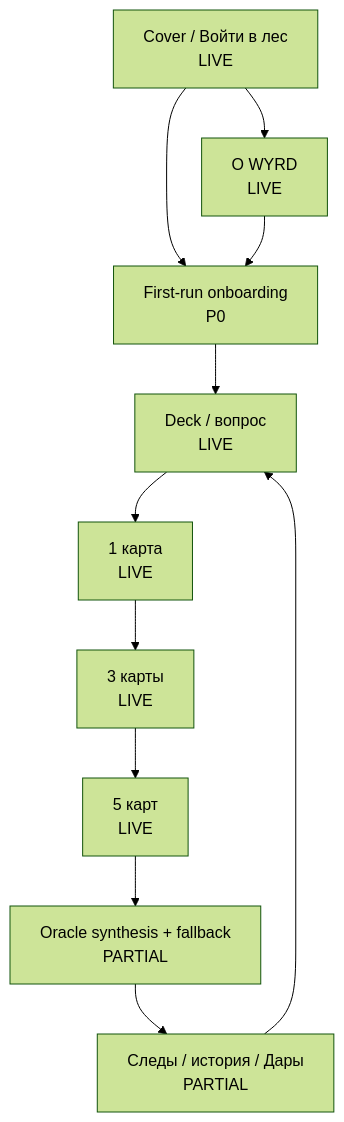
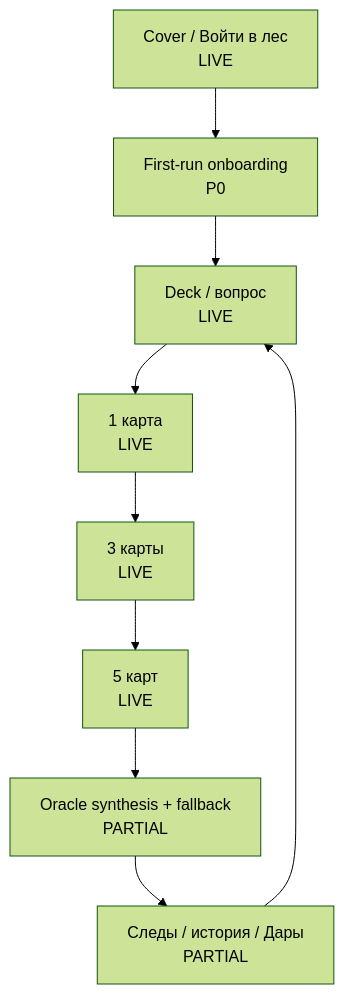
Before and after one commit to YukiSakura13/WYRD: the second of 4 diagrams in docs/ROADMAP_VISUAL.md, drawn with Mermaid (forest theme). The commit also changed other lines of this file and 26 other files, not shown here.

Commit message:
Archive retired About WYRD page

````diff
--- a/docs/ROADMAP_VISUAL.md
+++ b/docs/ROADMAP_VISUAL.md
@@ -30,13 +30,11 @@
 ```mermaid
 flowchart TD
     Cover["Cover / Войти в лес<br/>LIVE"] --> Onboarding["First-run onboarding<br/>P0"]
     Onboarding --> Deck["Deck / вопрос<br/>LIVE"]
-    Cover --> About["О WYRD<br/>LIVE"]
-    About --> Onboarding
     Deck --> Single["1 карта<br/>LIVE"]
     Single --> Spread3["3 карты<br/>LIVE"]
     Spread3 --> Spread5["5 карт<br/>LIVE"]
     Spread5 --> Voice["Oracle synthesis + fallback<br/>PARTIAL"]
     Voice --> Trace["Следы / история / Дары<br/>PARTIAL"]
     Trace --> Deck
 ```
````
